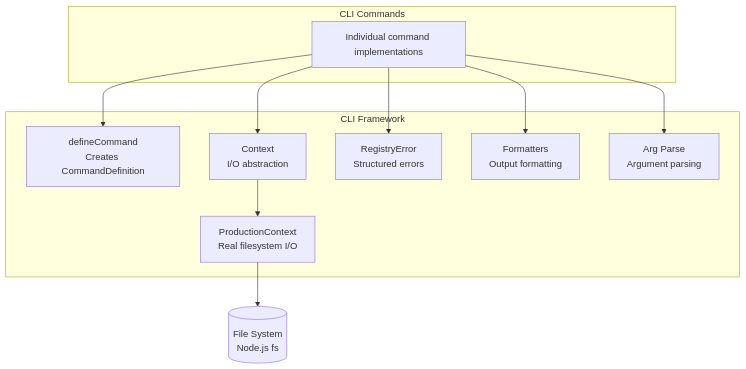
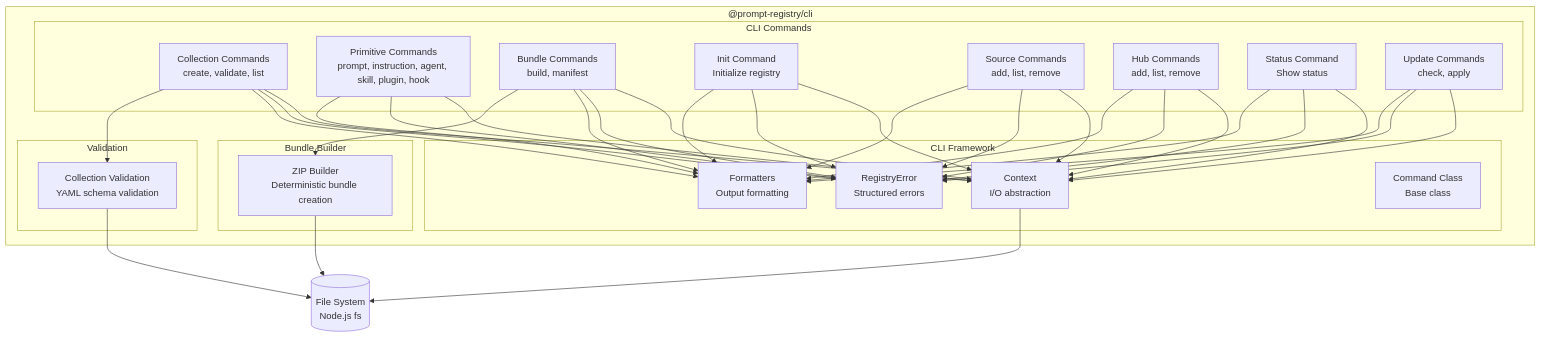
The first of 6 diagrams in docs/library-centric-architecture/component.md (gblanc-1a/prompt-registry), drawn with Mermaid before and after one commit. The commit also changed other lines of this file and 4 other files, not shown here.

First line of the commit message:
docs: update C4 architecture documentation for current packages

````diff
--- a/docs/library-centric-architecture/component.md
+++ b/docs/library-centric-architecture/component.md
@@ -7,26 +7,70 @@
 ```mermaid
 flowchart TB
-    subgraph CLI["CLI Commands"]
-        cmd[Individual command implementations]
-    end
+    subgraph CLI["@prompt-registry/cli"]
+        subgraph Commands["CLI Commands"]
+            collCmd[Collection Commands<br/>create, validate, list]
+            primCmd[Primitive Commands<br/>prompt, instruction, agent, skill, plugin, hook]
+            bundleCmd[Bundle Commands<br/>build, manifest]
+            initCmd[Init Command<br/>Initialize registry]
+            sourceCmd[Source Commands<br/>add, list, remove]
+            hubCmd[Hub Commands<br/>add, list, remove]
+            statusCmd[Status Command<br/>Show status]
+            updateCmd[Update Commands<br/>check, apply]
+        end
 
-    subgraph Framework["CLI Framework"]
-        defineCmd[defineCommand<br/>Creates CommandDefinition]
-        ctx[Context<br/>I/O abstraction]
-        err[RegistryError<br/>Structured errors]
-        fmt[Formatters<br/>Output formatting]
-        parse[Arg Parse<br/>Argument parsing]
-        prodCtx[ProductionContext<br/>Real filesystem I/O]
+        subgraph Framework["CLI Framework"]
+            ctx[Context<br/>I/O abstraction]
+            err[RegistryError<br/>Structured errors]
+            fmt[Formatters<br/>Output formatting]
+            cmdClass[Command Class<br/>Base class]
+        end
+
+        subgraph Validation["Validation"]
+            collVal[Collection Validation<br/>YAML schema validation]
+        end
+
+        subgraph Builder["Bundle Builder"]
+            zipBuilder[ZIP Builder<br/>Deterministic bundle creation]
+        end
     end
 
     FS[(File System<br/>Node.js fs)]
 
-    cmd --> defineCmd
-    cmd --> ctx
-    cmd --> err
-    cmd --> fmt
-    cmd --> parse
+    collCmd --> ctx
+    collCmd --> err
+    collCmd --> fmt
+    collCmd --> collVal
 
-    ctx --> prodCtx
-    prodCtx --> FS
+    primCmd --> ctx
+    primCmd --> err
+    primCmd --> fmt
+
+    bundleCmd --> ctx
+    bundleCmd --> err
+    bundleCmd --> fmt
+    bundleCmd --> zipBuilder
+
+    initCmd --> ctx
+    initCmd --> err
+    initCmd --> fmt
+
+    sourceCmd --> ctx
+    sourceCmd --> err
+    sourceCmd --> fmt
+
+    hubCmd --> ctx
+    hubCmd --> err
+    hubCmd --> fmt
+
+    statusCmd --> ctx
+    statusCmd --> err
+    statusCmd --> fmt
+
+    updateCmd --> ctx
+    updateCmd --> err
+    updateCmd --> fmt
+
+    ctx --> FS
+    collVal --> FS
+    zipBuilder --> FS
 ```
````
